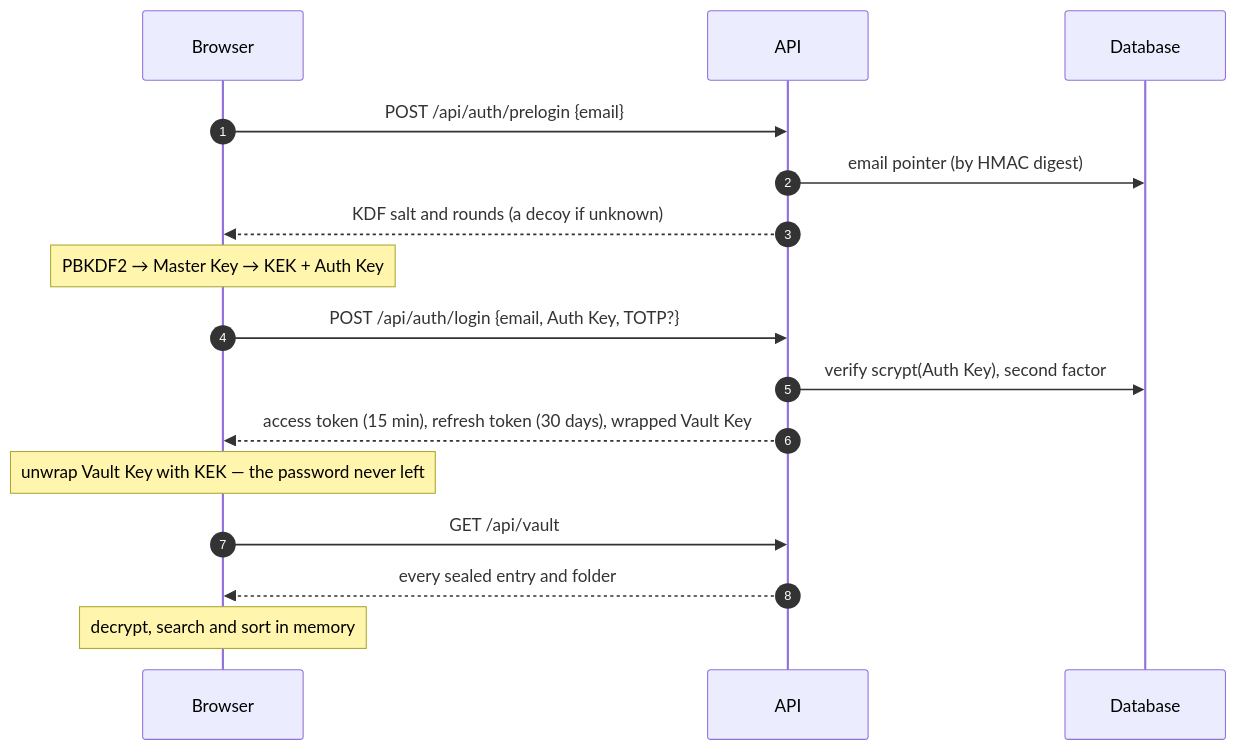
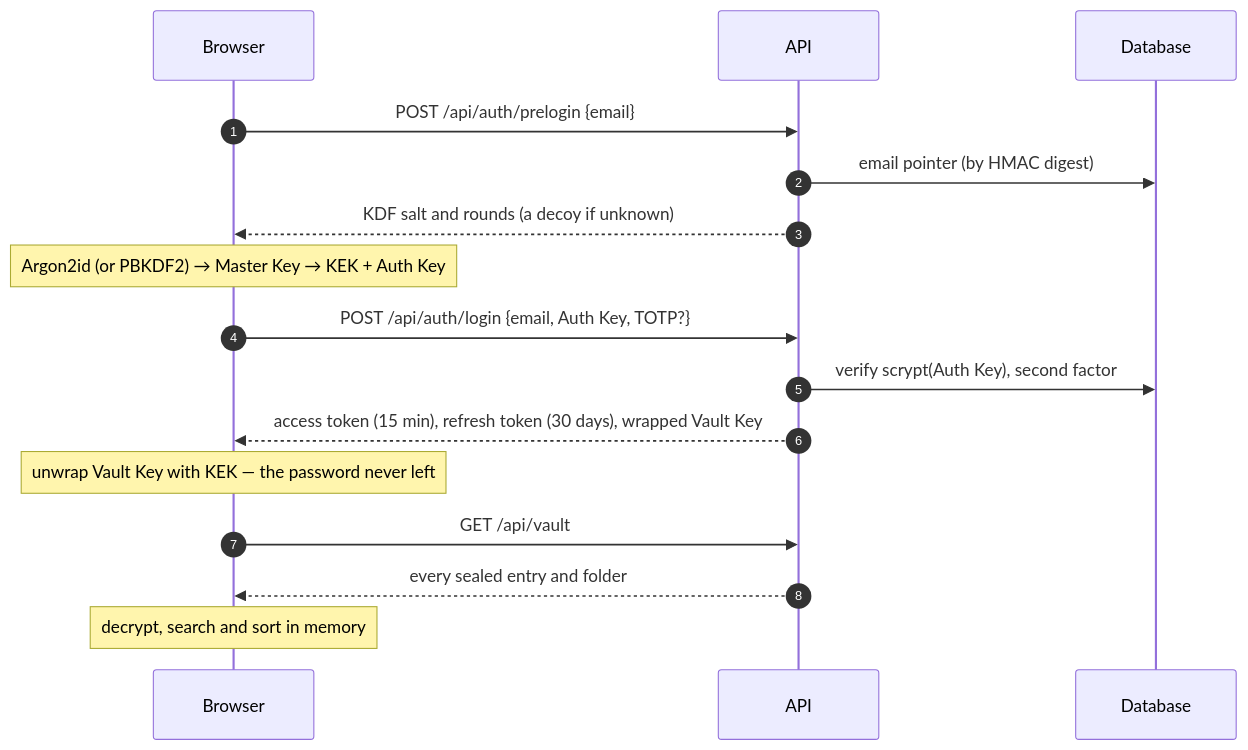
One commit to SHIVAM-SHARMA-766/vault changed the sixth of 6 diagrams in ARCHITECTURE.md. Above: the diagram before and after it, drawn with Mermaid. The commit also changed other lines of this file and 42 other files, not shown here.

First line of the commit message:
D10: Argon2id for the master password (decision 0028)

````diff
--- a/ARCHITECTURE.md
+++ b/ARCHITECTURE.md
@@ -304,18 +304,18 @@
 ```mermaid
 sequenceDiagram
   autonumber
   participant B as Browser
   participant A as API
   participant D as Database
   B->>A: POST /api/auth/prelogin {email}
   A->>D: email pointer (by HMAC digest)
   A-->>B: KDF salt and rounds (a decoy if unknown)
-  Note over B: PBKDF2 → Master Key → KEK + Auth Key
+  Note over B: Argon2id (or PBKDF2) → Master Key → KEK + Auth Key
   B->>A: POST /api/auth/login {email, Auth Key, TOTP?}
   A->>D: verify scrypt(Auth Key), second factor
   A-->>B: access token (15 min), refresh token (30 days), wrapped Vault Key
   Note over B: unwrap Vault Key with KEK — the password never left
   B->>A: GET /api/vault
   A-->>B: every sealed entry and folder
   Note over B: decrypt, search and sort in memory
 ```
````
